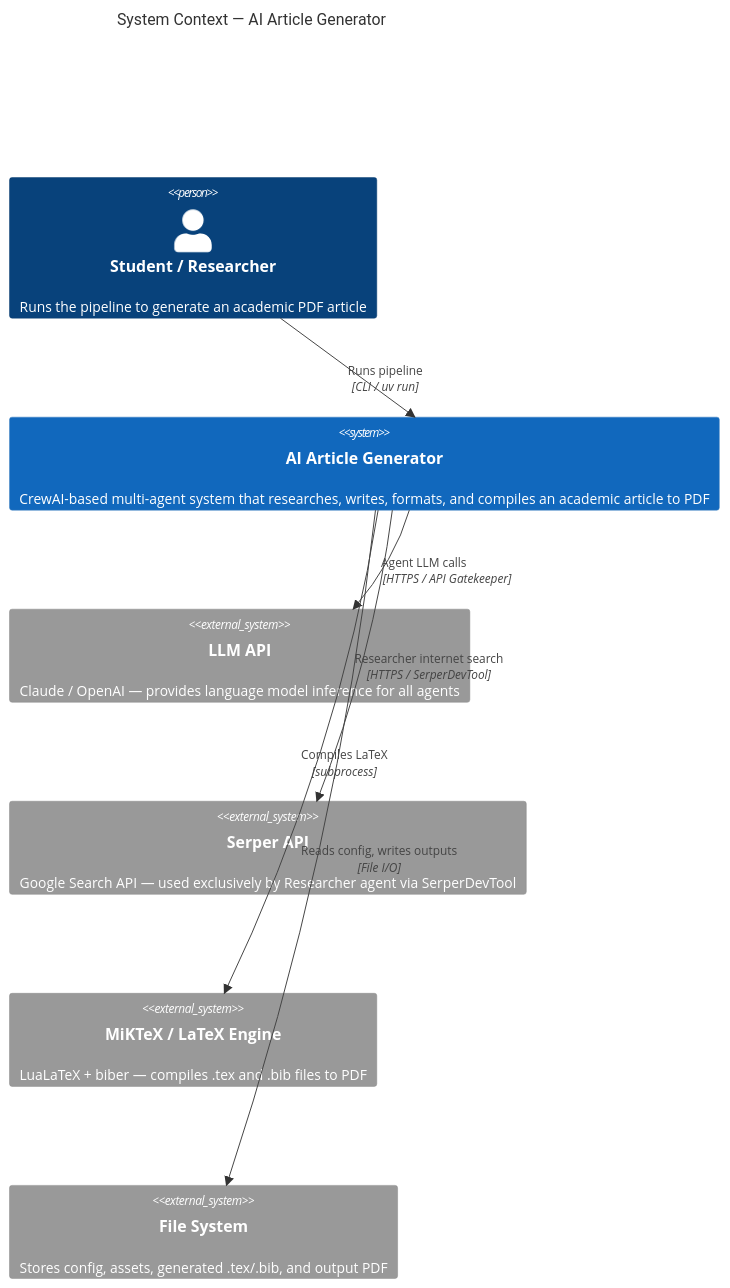
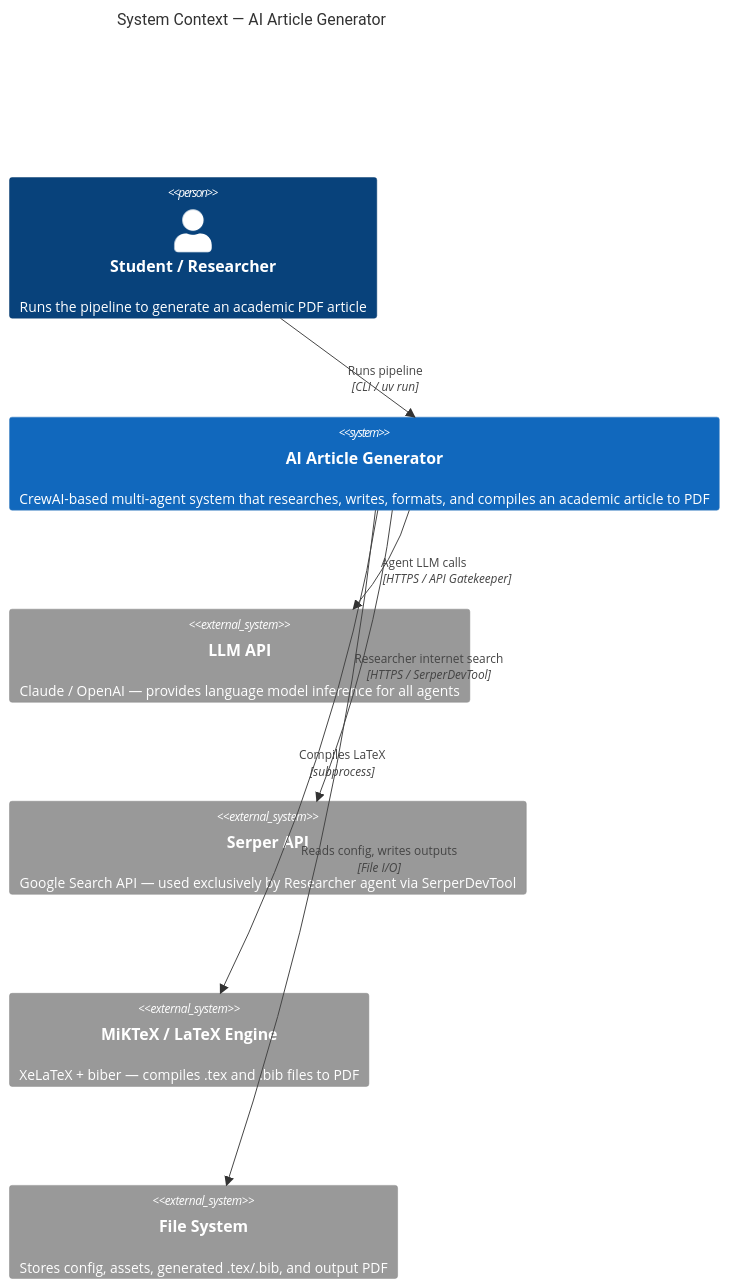
One commit to ndvp39/AI-Article-Generator-Article-Production-System-using-CrewAI-and-LaTeX changed the first of 6 diagrams in docs/PLAN.md. Above: the diagram before and after it, drawn with Mermaid. The commit also changed other lines of this file and 7 other files, not shown here.

````diff
--- a/docs/PLAN.md
+++ b/docs/PLAN.md
@@ -62,19 +62,19 @@
 ```mermaid
 C4Context
     title System Context — AI Article Generator
 
     Person(user, "Student / Researcher", "Runs the pipeline to generate an academic PDF article")
 
     System(aag, "AI Article Generator", "CrewAI-based multi-agent system that researches, writes, formats, and compiles an academic article to PDF")
 
     System_Ext(llm, "LLM API", "Claude / OpenAI — provides language model inference for all agents")
     System_Ext(serper, "Serper API", "Google Search API — used exclusively by Researcher agent via SerperDevTool")
-    System_Ext(latex, "MiKTeX / LaTeX Engine", "LuaLaTeX + biber — compiles .tex and .bib files to PDF")
+    System_Ext(latex, "MiKTeX / LaTeX Engine", "XeLaTeX + biber — compiles .tex and .bib files to PDF")
     System_Ext(fs, "File System", "Stores config, assets, generated .tex/.bib, and output PDF")
 
     Rel(user, aag, "Runs pipeline", "CLI / uv run")
     Rel(aag, llm, "Agent LLM calls", "HTTPS / API Gatekeeper")
     Rel(aag, serper, "Researcher internet search", "HTTPS / SerperDevTool")
     Rel(aag, latex, "Compiles LaTeX", "subprocess")
     Rel(aag, fs, "Reads config, writes outputs", "File I/O")
 ```
````
